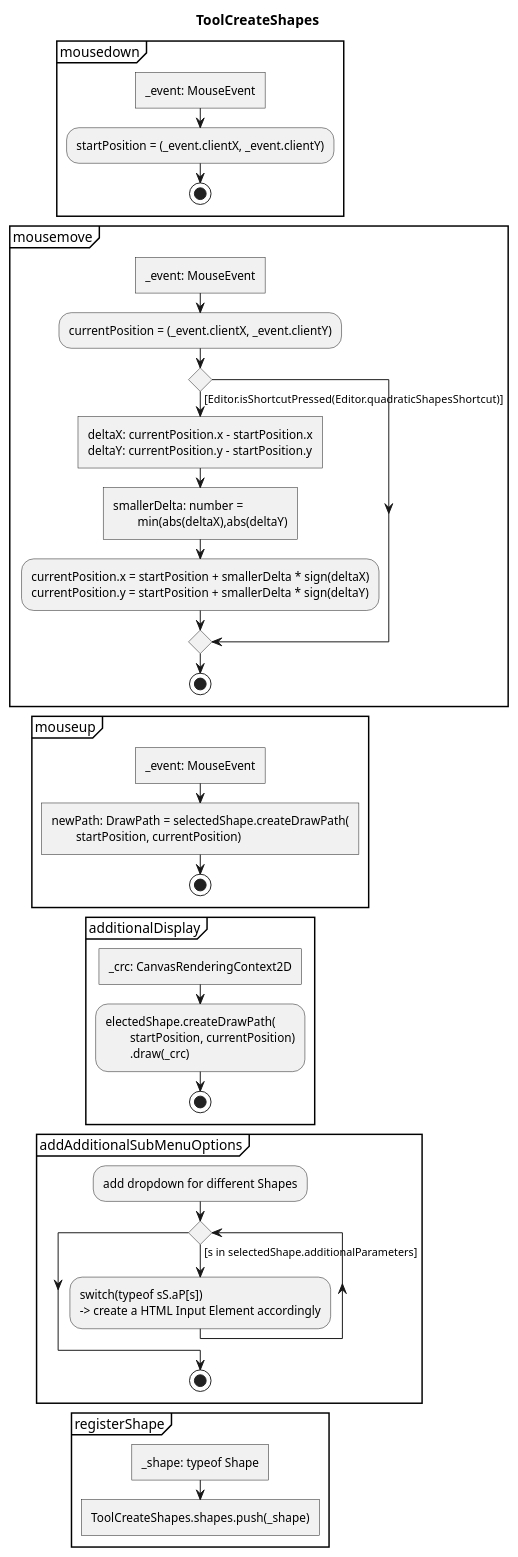
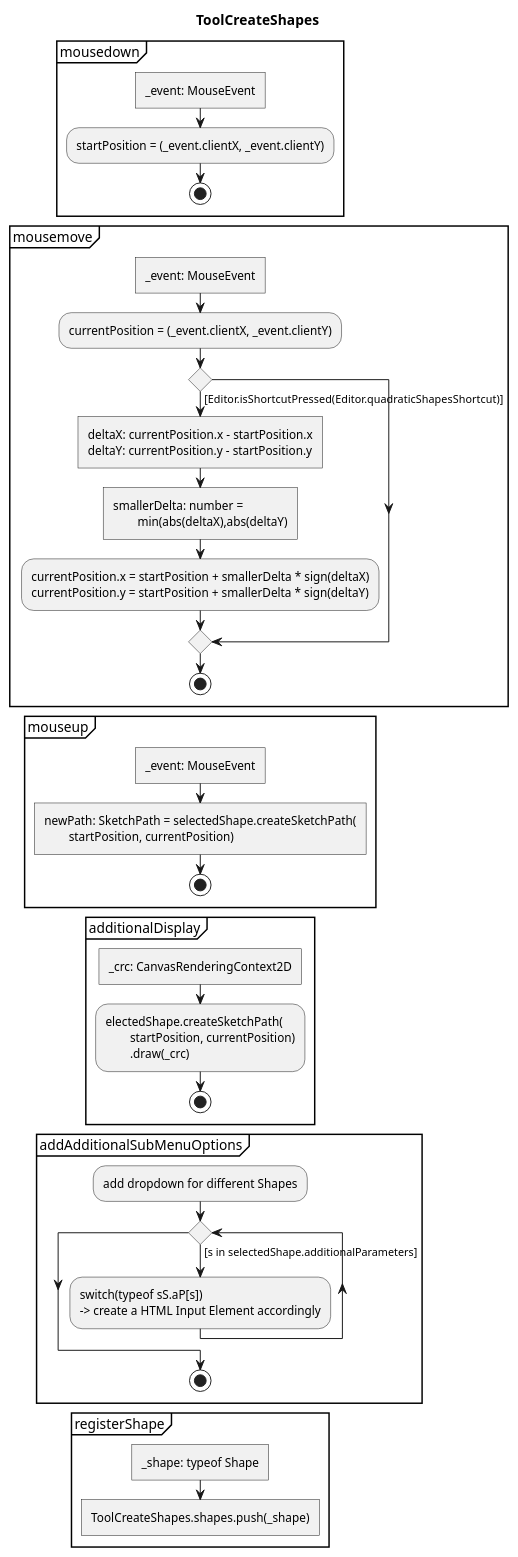
Before and after one commit to JirkaDellOro/FUDGE: the diagram in Experiments/Lukas/VectorEditor/concept/Activities/Tools/ToolCreateShapes.puml, drawn with PlantUML. The commit also changed 37 other files, not shown here.

Commit message:
more Diagrams, images and fixes

```diff
--- a/Experiments/Lukas/VectorEditor/concept/Activities/Tools/ToolCreateShapes.puml
+++ b/Experiments/Lukas/VectorEditor/concept/Activities/Tools/ToolCreateShapes.puml
@@ -1,55 +1,55 @@
 @startuml ToolCreateShapes
 skinparam monochrome true
 
 title ToolCreateShapes
 
 partition mousedown {
 	:_event: MouseEvent]
 	:startPosition = (_event.clientX, _event.clientY);
 	stop
 }
 
 partition mousemove {
 	:_event: MouseEvent]
 	:currentPosition = (_event.clientX, _event.clientY);
 	if() then ([Editor.isShortcutPressed(Editor.quadraticShapesShortcut)])
 		:deltaX: currentPosition.x - startPosition.x
 		deltaY: currentPosition.y - startPosition.y]
 		:smallerDelta: number = 
 			min(abs(deltaX),abs(deltaY)]
 		:currentPosition.x = startPosition + smallerDelta * sign(deltaX)
 		currentPosition.y = startPosition + smallerDelta * sign(deltaY);
 	endif
 	stop
 }
 
 partition mouseup {
 	:_event: MouseEvent]
-	:newPath: DrawPath = selectedShape.createDrawPath(
+	:newPath: SketchPath = selectedShape.createSketchPath(
 		startPosition, currentPosition)]
 	stop
 }
 
 partition additionalDisplay {
 	:_crc: CanvasRenderingContext2D]
-	:electedShape.createDrawPath(
+	:electedShape.createSketchPath(
 		startPosition, currentPosition)
 		.draw(_crc);
 	stop
 }
 
 partition addAdditionalSubMenuOptions {
 	:add dropdown for different Shapes;
 	while() is ([s in selectedShape.additionalParameters])
 		:switch(typeof sS.aP[s])
 		-> create a HTML Input Element accordingly;
 	endwhile
 	stop
 }
 
 partition registerShape {
 	:_shape: typeof Shape]
 	:ToolCreateShapes.shapes.push(_shape)]
 }
 
 @enduml
```
